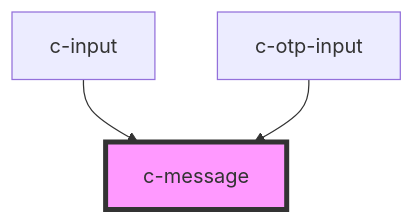
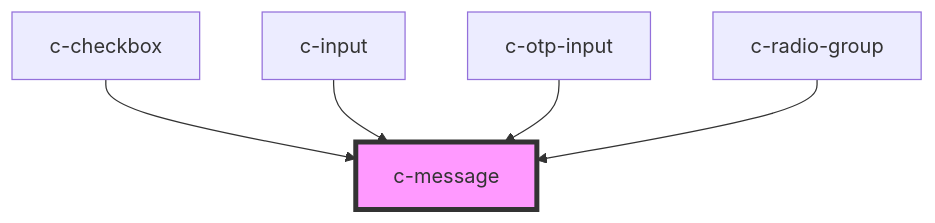
Before and after one commit to CSCfi/ui: the diagram in packages/csc-ui/src/components/c-message/readme.md, drawn with Mermaid. The commit also changed other lines of this file and 11 other files, not shown here.

Commit message:
fix: c-checkbox & c-radio-group - Use c-message to display error and hint messages

````diff
--- a/packages/csc-ui/src/components/c-message/readme.md
+++ b/packages/csc-ui/src/components/c-message/readme.md
@@ -26,6 +28,8 @@
 ```mermaid
 graph TD;
+  c-checkbox --> c-message
   c-input --> c-message
   c-otp-input --> c-message
+  c-radio-group --> c-message
   style c-message fill:#f9f,stroke:#333,stroke-width:4px
 ```
````
